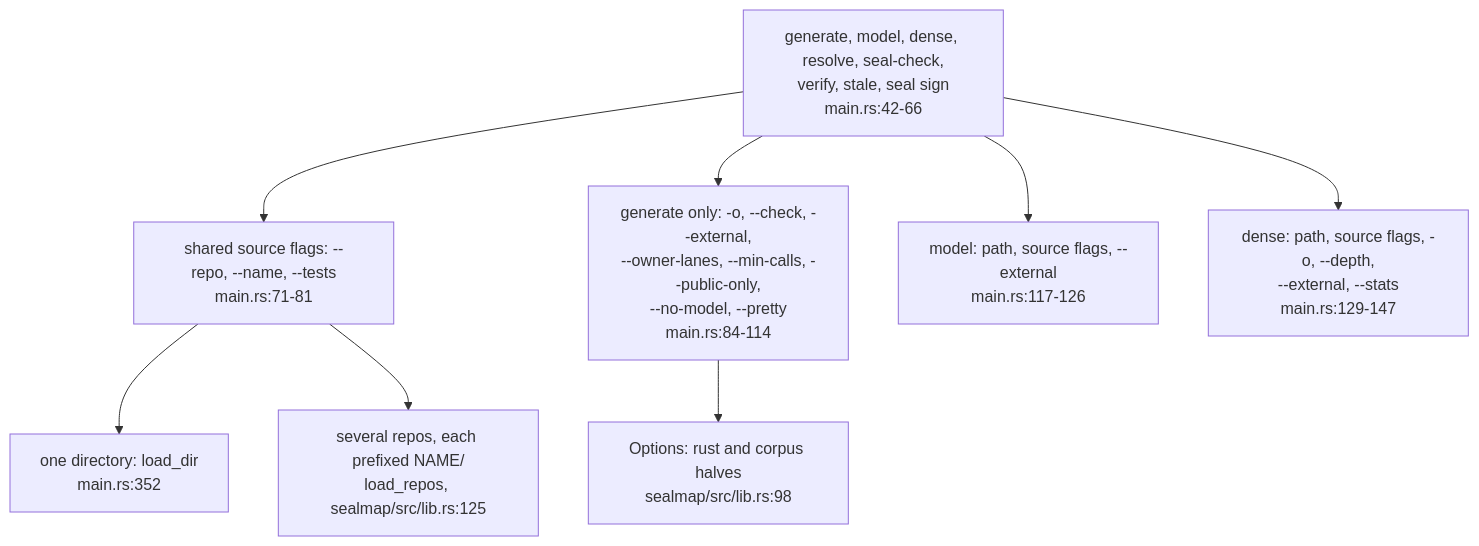
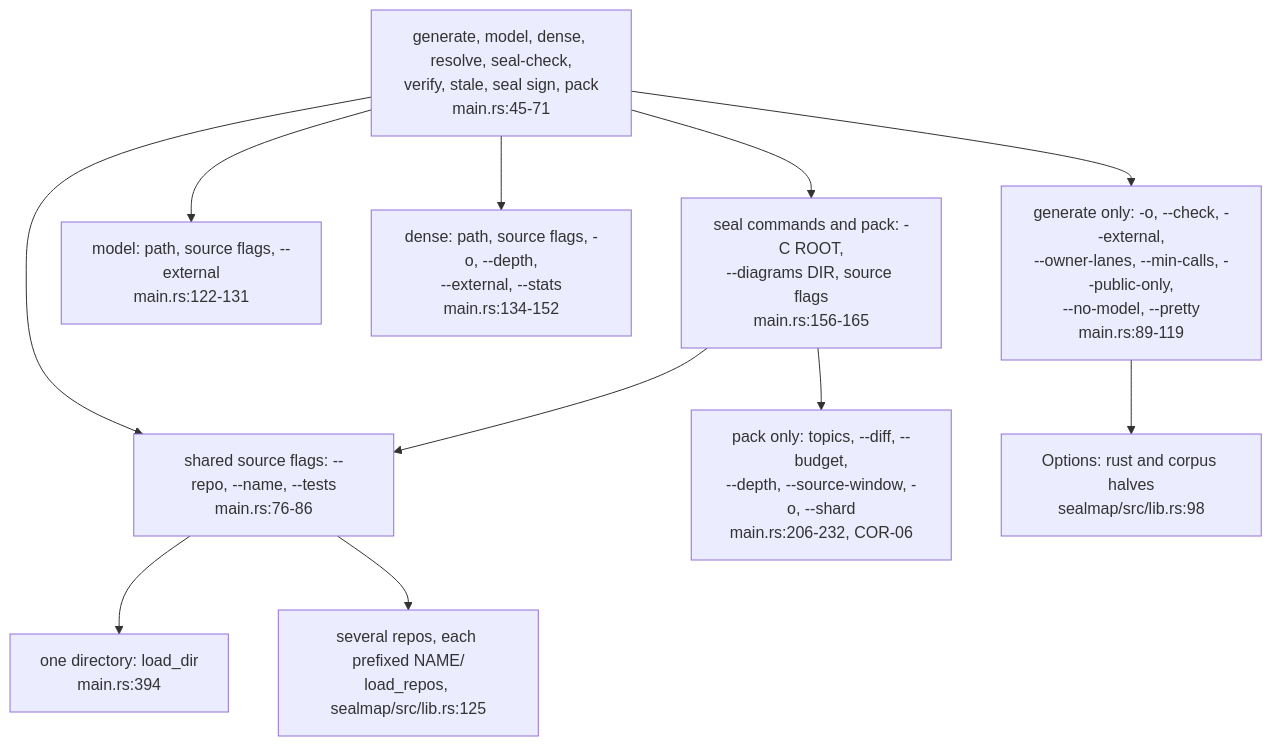
Before and after one commit to DreamLab-AI/codemaid: the fifth of 5 diagrams in docs/diagrams/corpus/03-generate-check-write-and-the-cli.md, drawn with Mermaid. The commit also changed other lines of this file and 23 other files, not shown here.

````diff
--- a/docs/diagrams/corpus/03-generate-check-write-and-the-cli.md
+++ b/docs/diagrams/corpus/03-generate-check-write-and-the-cli.md
@@ -189,18 +189,23 @@
 ```mermaid
 flowchart TB
-    CMD["generate, model, dense, resolve, seal-check,<br/>verify, stale, seal sign<br/>main.rs:42-66"]
-    SRC["shared source flags: --repo, --name, --tests<br/>main.rs:71-81"]
-    GEN["generate only: -o, --check, --external,<br/>--owner-lanes, --min-calls, --public-only,<br/>--no-model, --pretty<br/>main.rs:84-114"]
-    MOD["model: path, source flags, --external<br/>main.rs:117-126"]
-    DNS["dense: path, source flags, -o, --depth,<br/>--external, --stats<br/>main.rs:129-147"]
+    CMD["generate, model, dense, resolve, seal-check,<br/>verify, stale, seal sign, pack<br/>main.rs:45-71"]
+    SRC["shared source flags: --repo, --name, --tests<br/>main.rs:76-86"]
+    GEN["generate only: -o, --check, --external,<br/>--owner-lanes, --min-calls, --public-only,<br/>--no-model, --pretty<br/>main.rs:89-119"]
+    MOD["model: path, source flags, --external<br/>main.rs:122-131"]
+    DNS["dense: path, source flags, -o, --depth,<br/>--external, --stats<br/>main.rs:134-152"]
+    SITE["seal commands and pack: -C ROOT,<br/>--diagrams DIR, source flags<br/>main.rs:156-165"]
+    PCK["pack only: topics, --diff, --budget,<br/>--depth, --source-window, -o, --shard<br/>main.rs:206-232, COR-06"]
     OP["Options: rust and corpus halves<br/>sealmap/src/lib.rs:98"]
-    ONE["one directory: load_dir<br/>main.rs:352"]
+    ONE["one directory: load_dir<br/>main.rs:394"]
     MANY["several repos, each prefixed NAME/<br/>load_repos, sealmap/src/lib.rs:125"]
     CMD --> SRC
     CMD --> GEN
     CMD --> MOD
     CMD --> DNS
+    CMD --> SITE
+    SITE --> PCK
+    SITE --> SRC
     GEN --> OP
     SRC --> ONE
     SRC --> MANY
 ```
````
